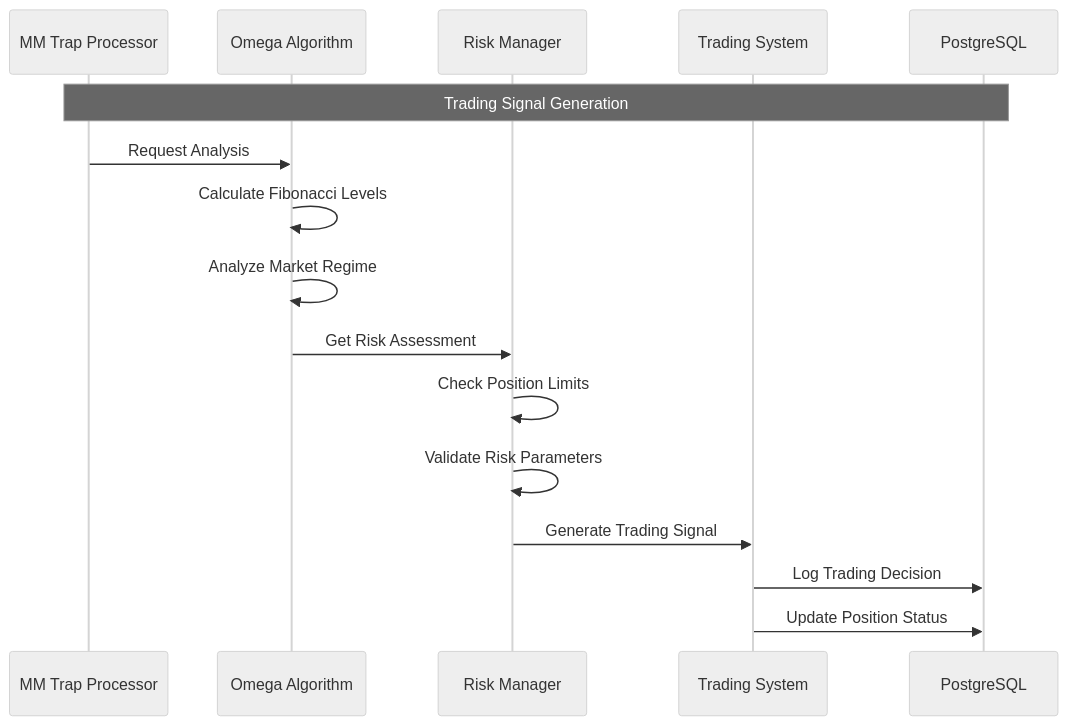
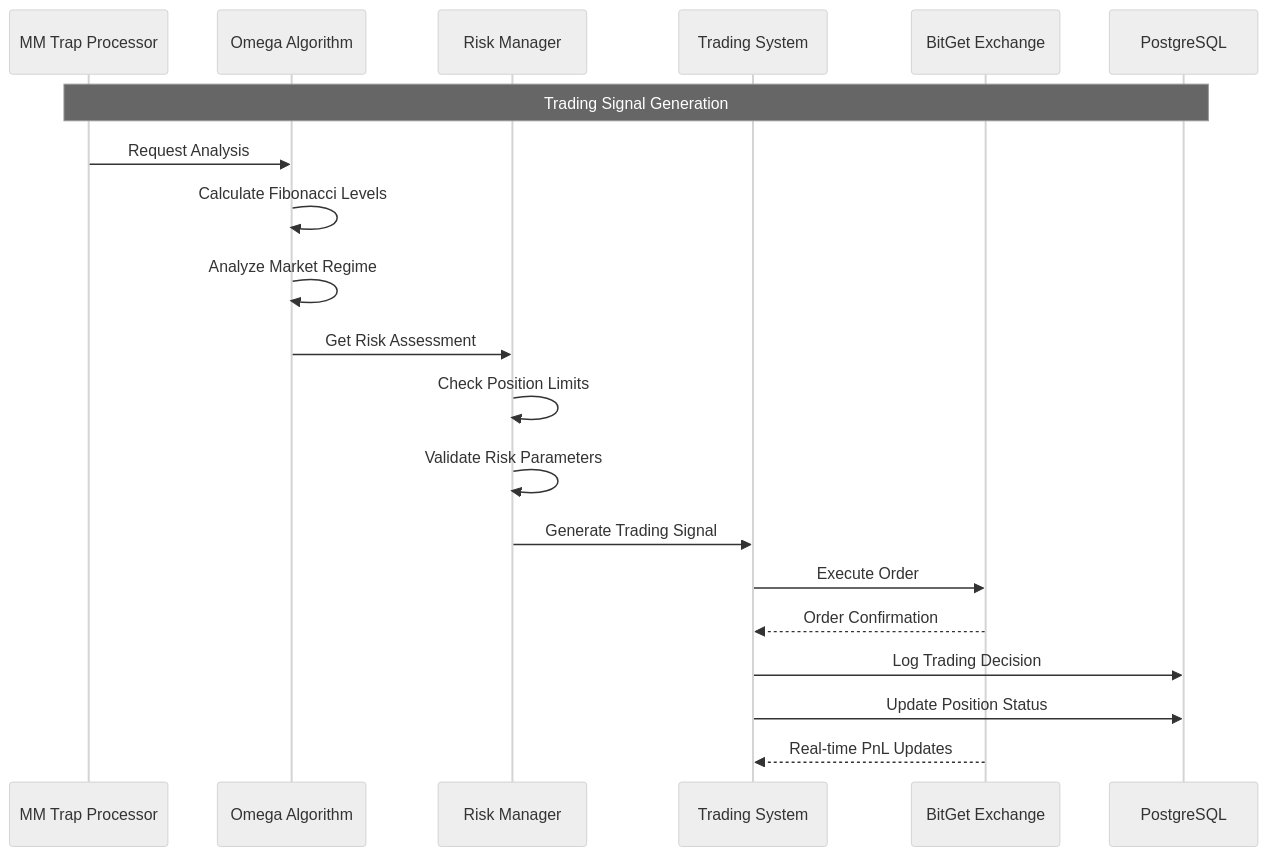
The second of 2 diagrams in README.md (btc-c0der/omega-btc-ai), drawn with Mermaid (neutral theme) before and after one commit. The commit also changed other lines of this file and 21 other files, not shown here.

````diff
--- a/README.md
+++ b/README.md
@@ -181,19 +194,23 @@
 ```mermaid
 sequenceDiagram
     participant Processor as MM Trap Processor
     participant Algo as Omega Algorithm
     participant Risk as Risk Manager
     participant Trader as Trading System
+    participant BitGet as BitGet Exchange
     participant DB as PostgreSQL
 
     Note over Processor,DB: Trading Signal Generation
     Processor->>Algo: Request Analysis
     Algo->>Algo: Calculate Fibonacci Levels
     Algo->>Algo: Analyze Market Regime
     Algo->>Risk: Get Risk Assessment
     Risk->>Risk: Check Position Limits
     Risk->>Risk: Validate Risk Parameters
     Risk->>Trader: Generate Trading Signal
+    Trader->>BitGet: Execute Order
+    BitGet-->>Trader: Order Confirmation
     Trader->>DB: Log Trading Decision
     Trader->>DB: Update Position Status
+    BitGet-->>Trader: Real-time PnL Updates
 ```
````
